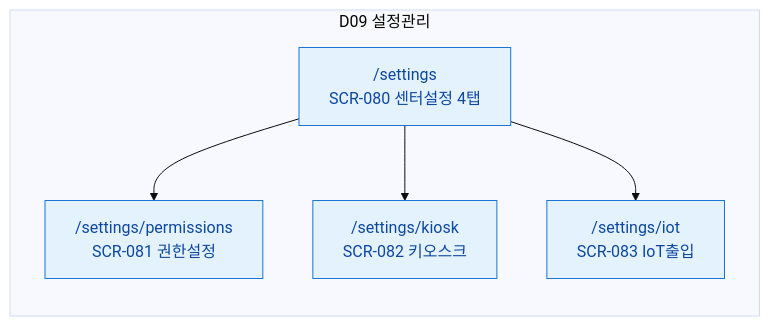
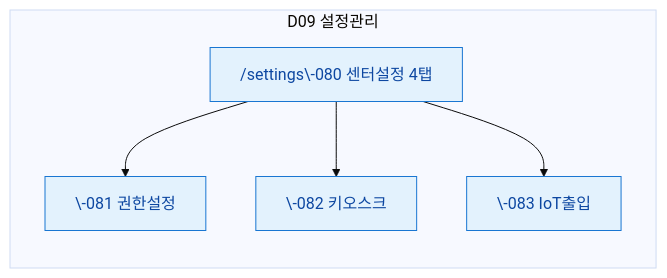
Before and after one commit to dev-spogym/admin-pando: the tenth of 11 diagrams in docs/다이어그램/00_사이트맵/N2_도메인별_사이트맵.md, drawn with Mermaid (base theme). The commit also changed other lines of this file and 1660 other files, not shown here.

First line of the commit message:
다이어그램: 기획자/클라이언트 납품본으로 정리

````diff
--- a/docs/다이어그램/00_사이트맵/N2_도메인별_사이트맵.md
+++ b/docs/다이어그램/00_사이트맵/N2_도메인별_사이트맵.md
@@ -243,16 +240,16 @@
 ```mermaid
 flowchart LR
     subgraph D09["D09 설정관리"]
-        SCR080["/settings\nSCR-080 센터설정 4탭"]
-        SCR081["/settings/permissions\nSCR-081 권한설정"]
-        SCR082["/settings/kiosk\nSCR-082 키오스크"]
-        SCR083["/settings/iot\nSCR-083 IoT출입"]
+        SCR080["/settings\-080 센터설정 4탭"]
+        SCR081["\-081 권한설정"]
+        SCR082["\-082 키오스크"]
+        SCR083["\-083 IoT출입"]
     end
 
     SCR080 --> SCR081
     SCR080 --> SCR082
     SCR080 --> SCR083
 
     classDef screen fill:#E3F2FD,stroke:#1976D2,color:#0D47A1
     class SCR080,SCR081,SCR082,SCR083 screen
 ```
````
